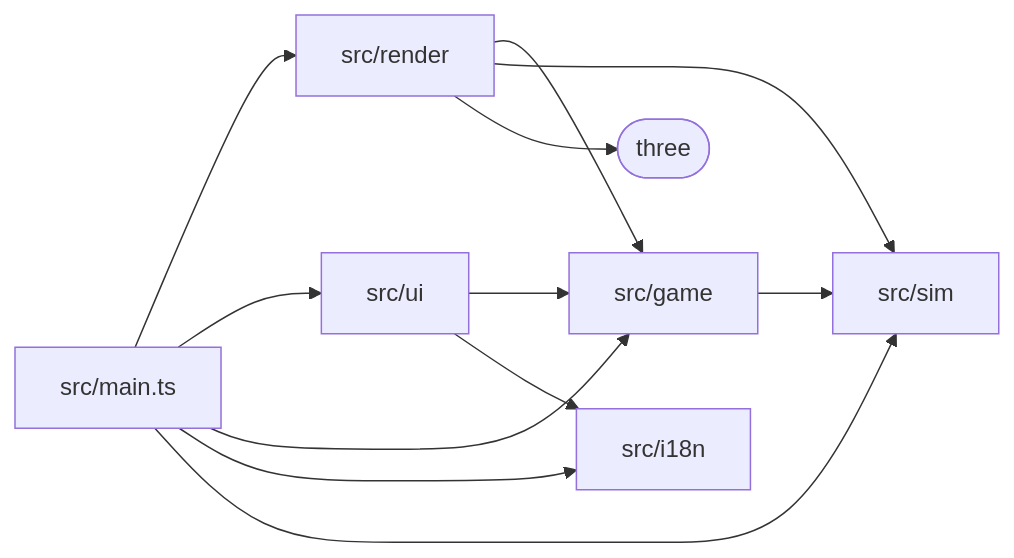
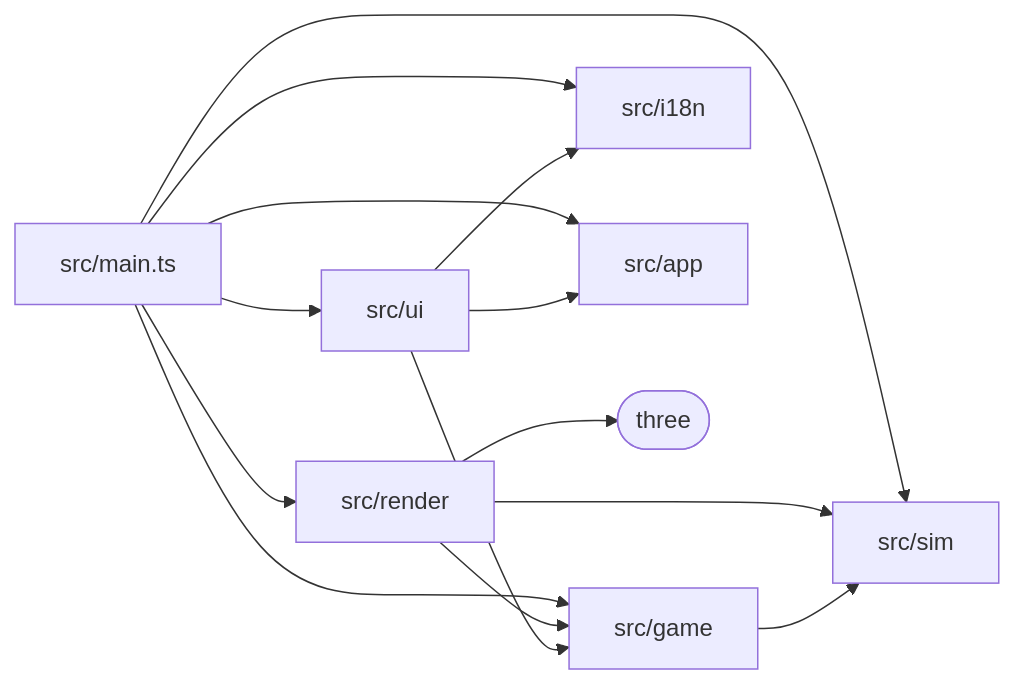
Before and after one commit to lucashg7892/pid-game: the second of 2 diagrams in docs/architecture.md, drawn with Mermaid. The commit also changed other lines of this file and 21 other files, not shown here.

````diff
--- a/docs/architecture.md
+++ b/docs/architecture.md
@@ -90,14 +113,16 @@
 ```mermaid
 flowchart LR
   main["src/main.ts"] --> render["src/render"]
   main --> ui["src/ui"]
   main --> game["src/game"]
   main --> i18n["src/i18n"]
   main --> sim["src/sim"]
+  main --> app["src/app"]
   render --> game
   render --> sim
   render --> three(["three"])
   ui --> game
   ui --> i18n
+  ui --> app
   game --> sim
 ```
````
